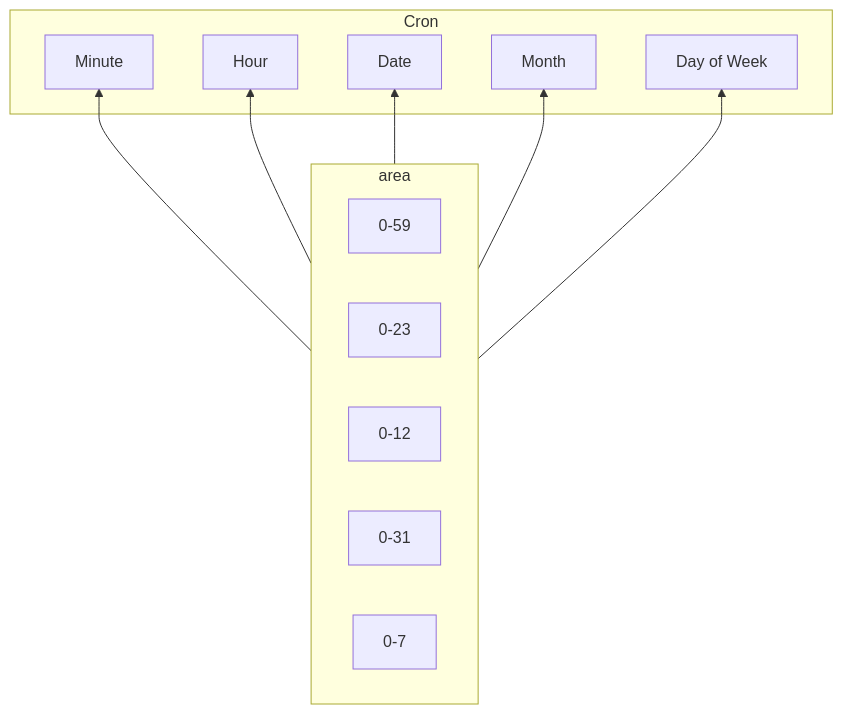
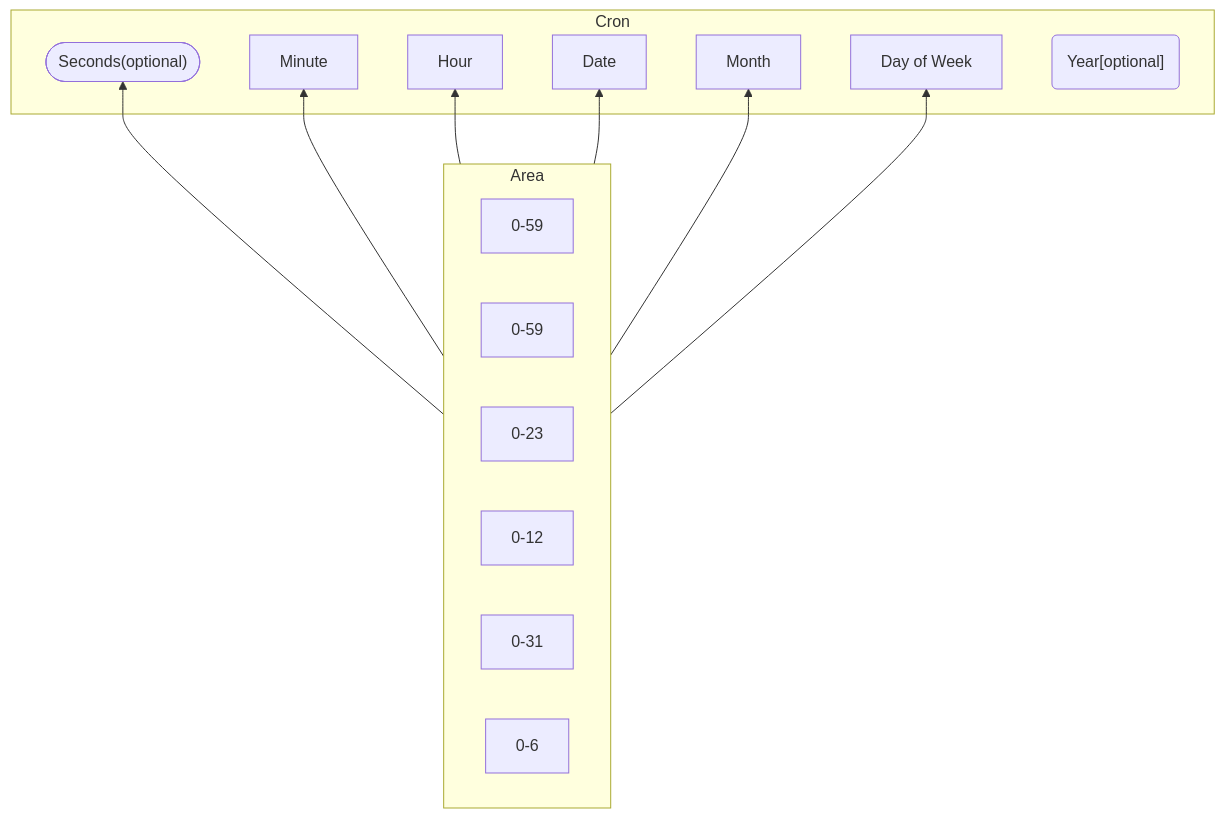
Before and after one commit to oeyoews/neotw-tiddlers: the diagram in content/cron.md, drawn with Mermaid. The commit also changed other lines of this file and 3 other files, not shown here.

````diff
--- a/content/cron.md
+++ b/content/cron.md
@@ -1,20 +1,23 @@
 ```mermaid
 graph BT;
 subgraph Cron
+    Seconds(["Seconds(optional)"])
     Minute
     Hour
 		Date
     Month
     D[Day of Week]
+		Year("Year[optional]")
 end
 
-subgraph area
+subgraph Area
 	direction LR
+	  seconds[0-59] --> Seconds
 		minute[0-59] --> Minute
 		hour[0-23] --> Hour
 		mo[0-12] --> Month
 		date[0-31] -->Date
-		d[0-7] --> D
+		d[0-6] --> D
 end
 
 ```
````
